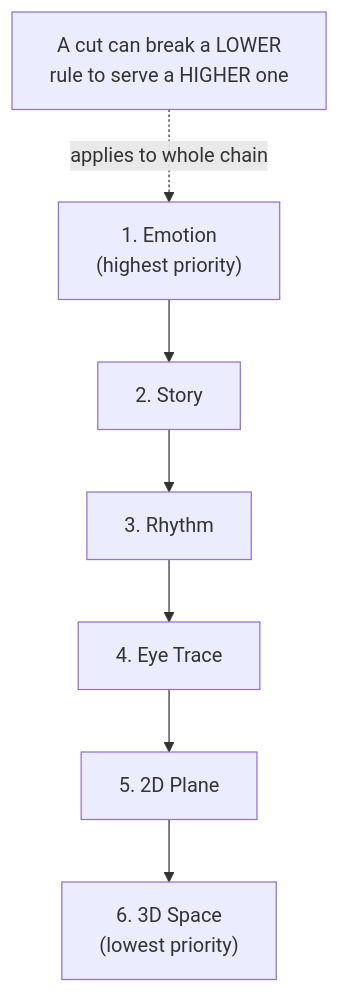
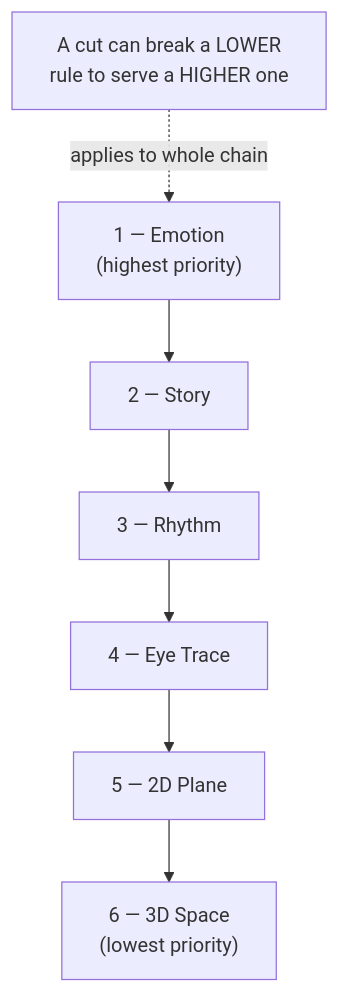
One commit to thor-bear/uvudgm changed the diagram in content/Editing 1/Glossary/Murch's Rule of Six.md. Above: the diagram before and after it, drawn with Mermaid.

Commit message:
Quartz sync: Oct 26, 2026, 9:52 PM

````diff
--- a/content/Editing 1/Glossary/Murch's Rule of Six.md
+++ b/content/Editing 1/Glossary/Murch's Rule of Six.md
@@ -21,9 +21,9 @@
 ```mermaid
 flowchart TD
-    A["1. Emotion<br/>(highest priority)"] --> B["2. Story"]
-    B --> C["3. Rhythm"]
-    C --> D["4. Eye Trace"]
-    D --> E["5. 2D Plane"]
-    E --> F["6. 3D Space<br/>(lowest priority)"]
+    A["1 — Emotion<br/>(highest priority)"] --> B["2 — Story"]
+    B --> C["3 — Rhythm"]
+    C --> D["4 — Eye Trace"]
+    D --> E["5 — 2D Plane"]
+    E --> F["6 — 3D Space<br/>(lowest priority)"]
     G["A cut can break a LOWER<br/>rule to serve a HIGHER one"] -.applies to whole chain.-> A
 ```
````
